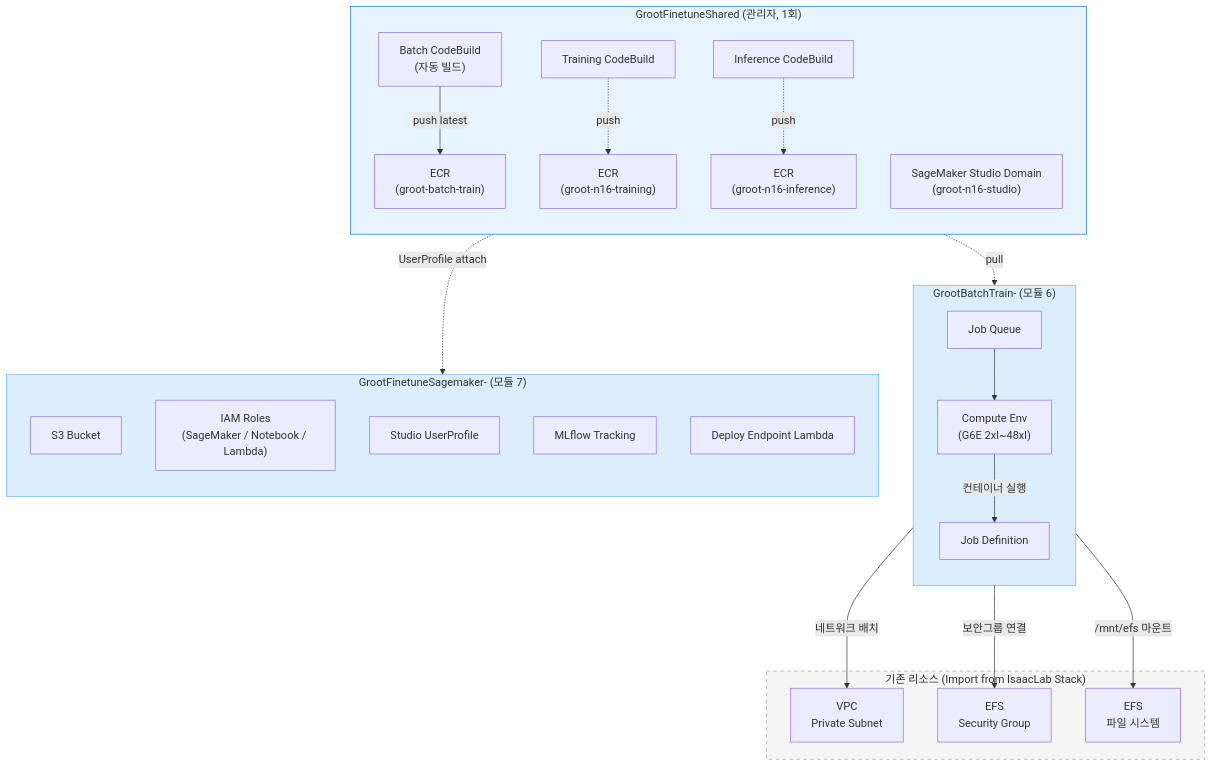
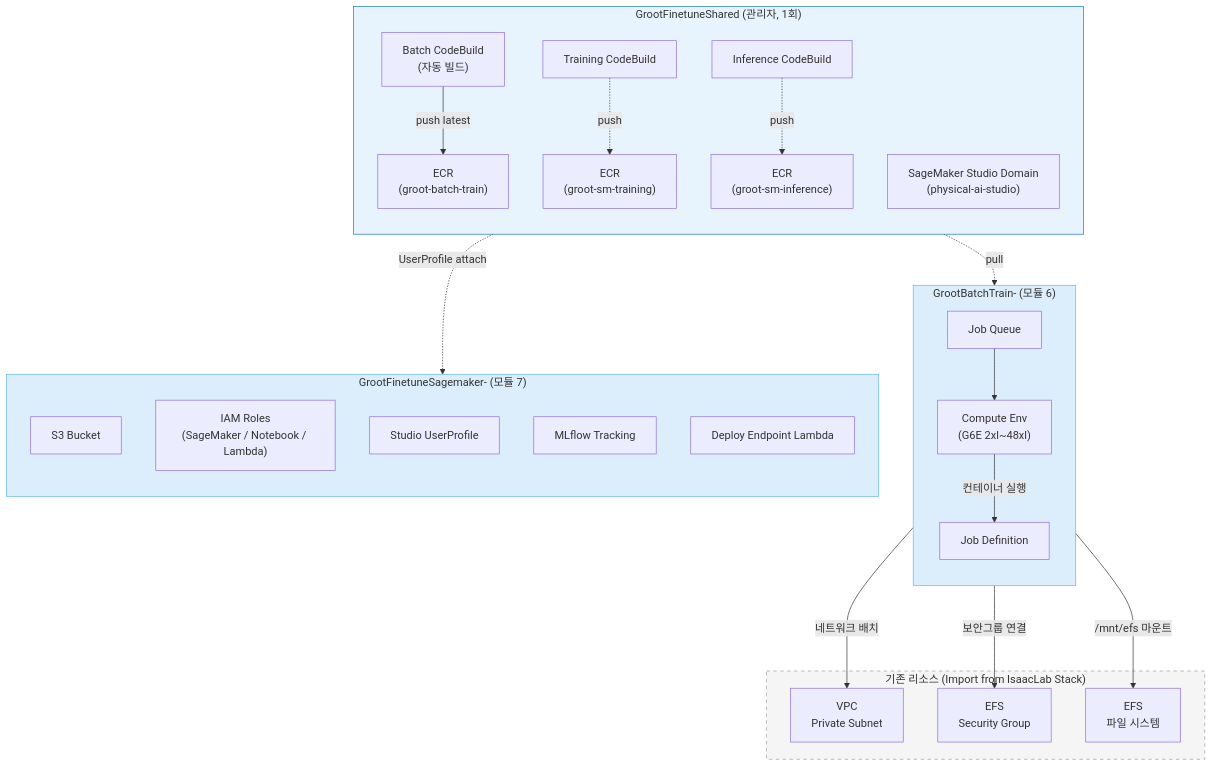
Before and after one commit to seokjushin/physical-ai-aws-docs: the third of 3 diagrams in physical-ai-on-aws-guide/physical-ai-e2e-workshop/5.-train-infra-setup.md, drawn with Mermaid. The commit also changed other lines of this file and 1 other file, not shown here.

First line of the commit message:
docs(e2e-workshop): SageMaker 리소스 prefix 변경 및 코드 리포 경로 정리

````diff
--- a/physical-ai-on-aws-guide/physical-ai-e2e-workshop/5.-train-infra-setup.md
+++ b/physical-ai-on-aws-guide/physical-ai-e2e-workshop/5.-train-infra-setup.md
@@ -154,52 +154,52 @@
 ```mermaid
 flowchart TB
     subgraph SharedStack["GrootFinetuneShared (관리자, 1회)"]
         direction TB
         BatchECR["ECR\n(groot-batch-train)"]
         BatchCB["Batch CodeBuild\n(자동 빌드)"]
-        SmTrainECR["ECR\n(groot-n16-training)"]
-        SmInfECR["ECR\n(groot-n16-inference)"]
+        SmTrainECR["ECR\n(groot-sm-training)"]
+        SmInfECR["ECR\n(groot-sm-inference)"]
         SmTrainCB["Training CodeBuild"]
         SmInfCB["Inference CodeBuild"]
-        Studio["SageMaker Studio Domain\n(groot-n16-studio)"]
+        Studio["SageMaker Studio Domain\n(physical-ai-studio)"]
         BatchCB -->|"push latest"| BatchECR
         SmTrainCB -.->|"push"| SmTrainECR
         SmInfCB -.->|"push"| SmInfECR
     end
 
     subgraph BatchUserStack["GrootBatchTrain-<userId> (모듈 6)"]
         direction TB
         JQ["Job Queue"]
         CE["Compute Env\n(G6E 2xl~48xl)"]
         JD["Job Definition"]
         JQ --> CE
         CE -->|"컨테이너 실행"| JD
     end
 
     subgraph SmUserStack["GrootFinetuneSagemaker-<userId> (모듈 7)"]
         direction TB
         S3["S3 Bucket"]
         Roles["IAM Roles\n(SageMaker / Notebook / Lambda)"]
         UP["Studio UserProfile"]
         MLflow["MLflow Tracking"]
         Lambda["Deploy Endpoint Lambda"]
     end
 
     BatchECR -.->|"pull"| JD
     Studio -.->|"UserProfile attach"| UP
 
     subgraph Imported["기존 리소스 (Import from IsaacLab Stack)"]
         VPC["VPC\nPrivate Subnet"]
         SG["EFS\nSecurity Group"]
         EFS["EFS\n파일 시스템"]
     end
 
     CE --->|"네트워크 배치"| VPC
     CE --->|"보안그룹 연결"| SG
     JD --->|"/mnt/efs 마운트"| EFS
 
     style SharedStack fill:#e8f4fd,stroke:#1976d2
     style BatchUserStack fill:#dceefb,stroke:#64b5f6
     style SmUserStack fill:#dceefb,stroke:#64b5f6
     style Imported fill:#f5f5f5,stroke:#9e9e9e,stroke-dasharray: 5 5
 ```
````
